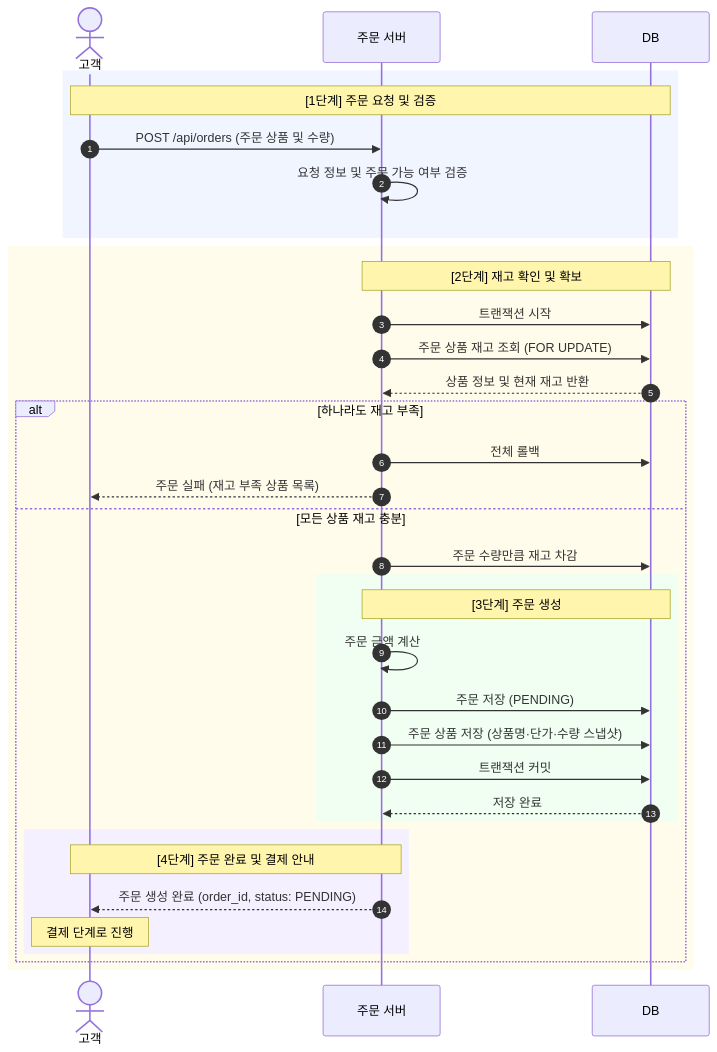
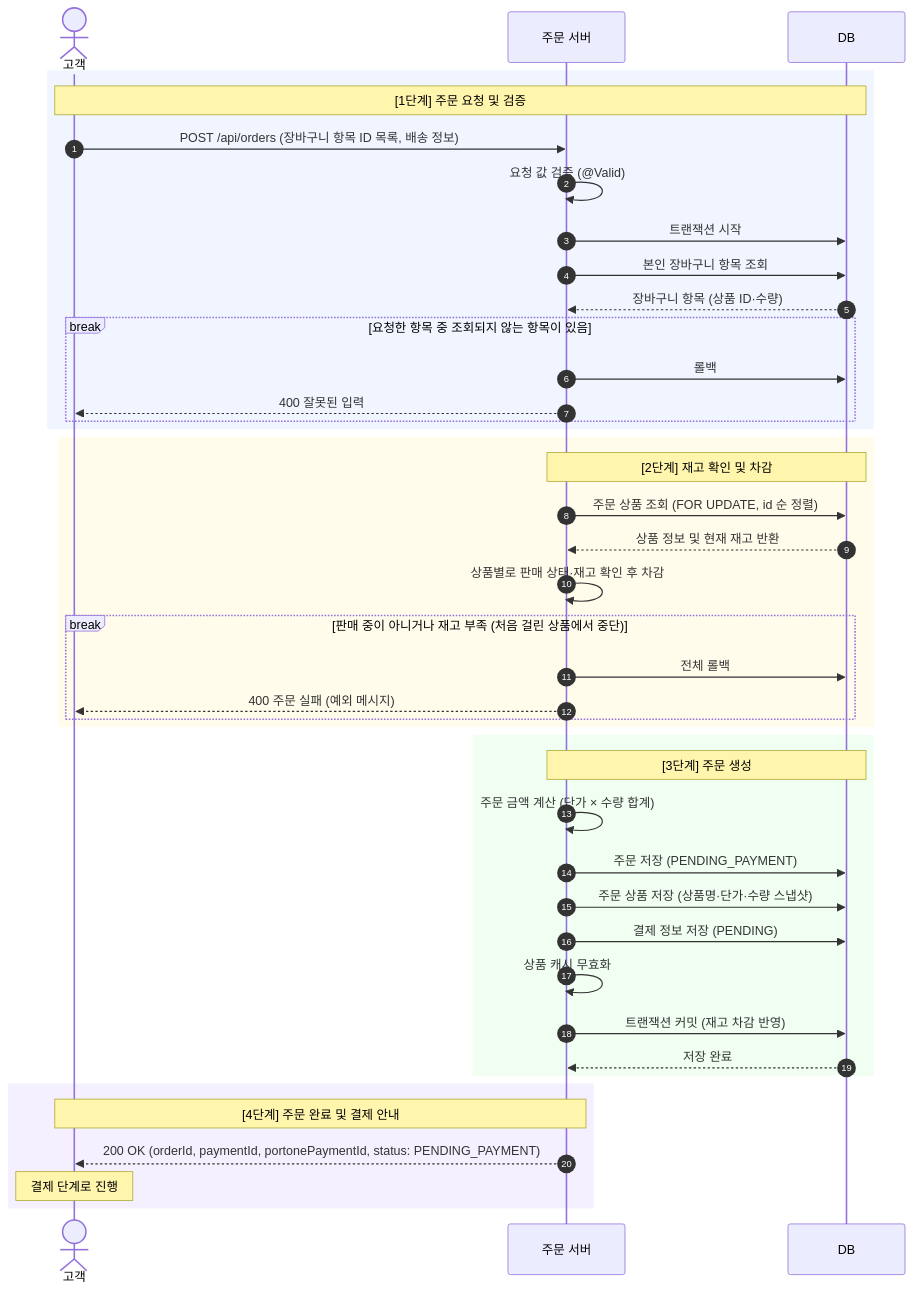
The fourth of 10 diagrams in README.md (team-4-ladder/Murder-Help), drawn with Mermaid before and after one commit. The commit also changed other lines of this file, not shown here.

Commit message:
docs: 주문 및 환불 플로우 다이어그램 수정 (#108)

````diff
--- a/README.md
+++ b/README.md
@@ -465,46 +465,54 @@
 ```mermaid
 sequenceDiagram
     autonumber
     actor Customer as 고객
     participant Server as 주문 서버
     participant DB as DB
 
     rect rgb(240, 245, 255)
         Note over Customer,DB: [1단계] 주문 요청 및 검증
 
-        Customer->>Server: POST /api/orders (주문 상품 및 수량)
-        Server->>Server: 요청 정보 및 주문 가능 여부 검증
+        Customer->>Server: POST /api/orders (장바구니 항목 ID 목록, 배송 정보)
+        Server->>Server: 요청 값 검증 (@Valid)
+        Server->>DB: 트랜잭션 시작
+        Server->>DB: 본인 장바구니 항목 조회
+        DB-->>Server: 장바구니 항목 (상품 ID·수량)
+
+        break 요청한 항목 중 조회되지 않는 항목이 있음
+            Server->>DB: 롤백
+            Server-->>Customer: 400 잘못된 입력
+        end
     end
 
     rect rgb(255, 252, 235)
-        Note over Server,DB: [2단계] 재고 확인 및 확보
+        Note over Server,DB: [2단계] 재고 확인 및 차감
 
-        Server->>DB: 트랜잭션 시작
-        Server->>DB: 주문 상품 재고 조회 (FOR UPDATE)
+        Server->>DB: 주문 상품 조회 (FOR UPDATE, id 순 정렬)
         DB-->>Server: 상품 정보 및 현재 재고 반환
+        Server->>Server: 상품별로 판매 상태·재고 확인 후 차감
 
-        alt 하나라도 재고 부족
+        break 판매 중이 아니거나 재고 부족 (처음 걸린 상품에서 중단)
             Server->>DB: 전체 롤백
-            Server-->>Customer: 주문 실패 (재고 부족 상품 목록)
-        else 모든 상품 재고 충분
-            Server->>DB: 주문 수량만큼 재고 차감
-
-            rect rgb(240, 255, 242)
-                Note over Server,DB: [3단계] 주문 생성
-
-                Server->>Server: 주문 금액 계산
-                Server->>DB: 주문 저장 (PENDING)
-                Server->>DB: 주문 상품 저장 (상품명·단가·수량 스냅샷)
-                Server->>DB: 트랜잭션 커밋
-                DB-->>Server: 저장 완료
-            end
-
-            rect rgb(245, 240, 255)
-                Note over Customer,Server: [4단계] 주문 완료 및 결제 안내
-
-                Server-->>Customer: 주문 생성 완료 (order_id, status: PENDING)
-                Note over Customer: 결제 단계로 진행
-            end
+            Server-->>Customer: 400 주문 실패 (예외 메시지)
         end
     end
+
+    rect rgb(240, 255, 242)
+        Note over Server,DB: [3단계] 주문 생성
+
+        Server->>Server: 주문 금액 계산 (단가 × 수량 합계)
+        Server->>DB: 주문 저장 (PENDING_PAYMENT)
+        Server->>DB: 주문 상품 저장 (상품명·단가·수량 스냅샷)
+        Server->>DB: 결제 정보 저장 (PENDING)
+        Server->>Server: 상품 캐시 무효화
+        Server->>DB: 트랜잭션 커밋 (재고 차감 반영)
+        DB-->>Server: 저장 완료
+    end
+
+    rect rgb(245, 240, 255)
+        Note over Customer,Server: [4단계] 주문 완료 및 결제 안내
+
+        Server-->>Customer: 200 OK (orderId, paymentId, portonePaymentId, status: PENDING_PAYMENT)
+        Note over Customer: 결제 단계로 진행
+    end
 ```
````
